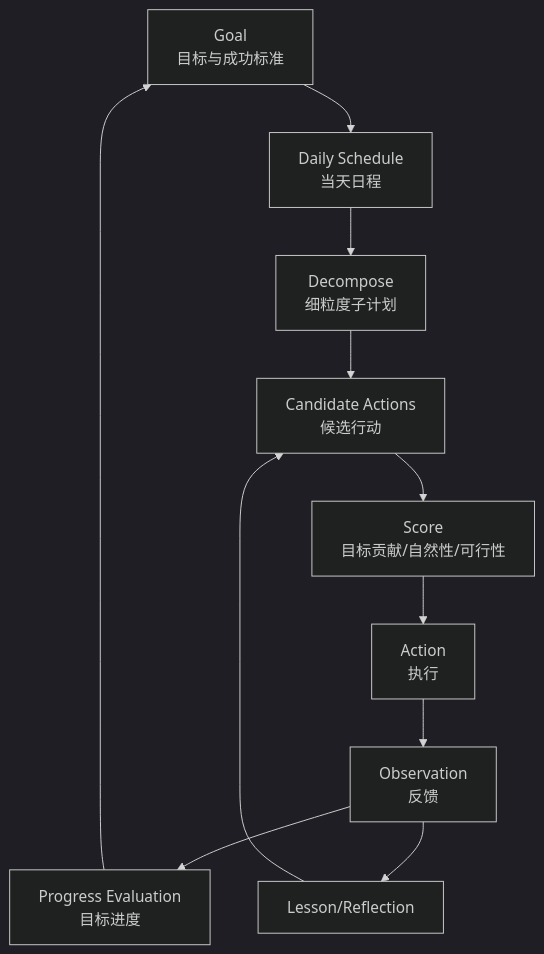
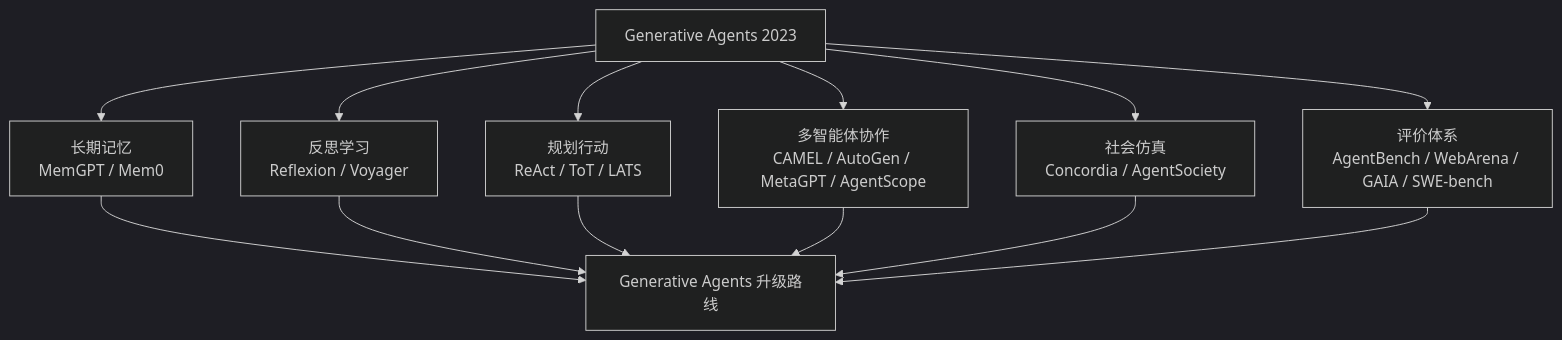
The diagram in docs/book/manuscript/part_05/chapter_31.md (tbkken/GenerativeAgentsCN), drawn with Mermaid (dark theme) before and after one commit. The commit also changed other lines of this file and 60 other files, not shown here.

````diff
--- a/docs/book/manuscript/part_05/chapter_31.md
+++ b/docs/book/manuscript/part_05/chapter_31.md
@@ -38,13 +30,15 @@
 ```mermaid
 flowchart TD
-    G[Goal<br/>目标与成功标准] --> DS[Daily Schedule<br/>当天日程]
-    DS --> DP[Decompose<br/>细粒度子计划]
-    DP --> CA[Candidate Actions<br/>候选行动]
-    CA --> SC[Score<br/>目标贡献/自然性/可行性]
-    SC --> AC[Action<br/>执行]
-    AC --> OB[Observation<br/>反馈]
-    OB --> PR[Progress Evaluation<br/>目标进度]
-    PR --> G
-    OB --> LE[Lesson/Reflection]
-    LE --> CA
+    GA[Generative Agents 2023] --> M[长期记忆<br/>MemGPT / Mem0]
+    GA --> R[反思学习<br/>Reflexion / Voyager]
+    GA --> P[规划行动<br/>ReAct / ToT / LATS]
+    GA --> C[多智能体协作<br/>CAMEL / AutoGen / MetaGPT / AgentScope]
+    GA --> S[社会仿真<br/>Concordia / AgentSociety]
+    GA --> E[评价体系<br/>AgentBench / WebArena / GAIA / SWE-bench]
+    M --> U[Generative Agents 升级路线]
+    R --> U
+    P --> U
+    C --> U
+    S --> U
+    E --> U
 ```
````
